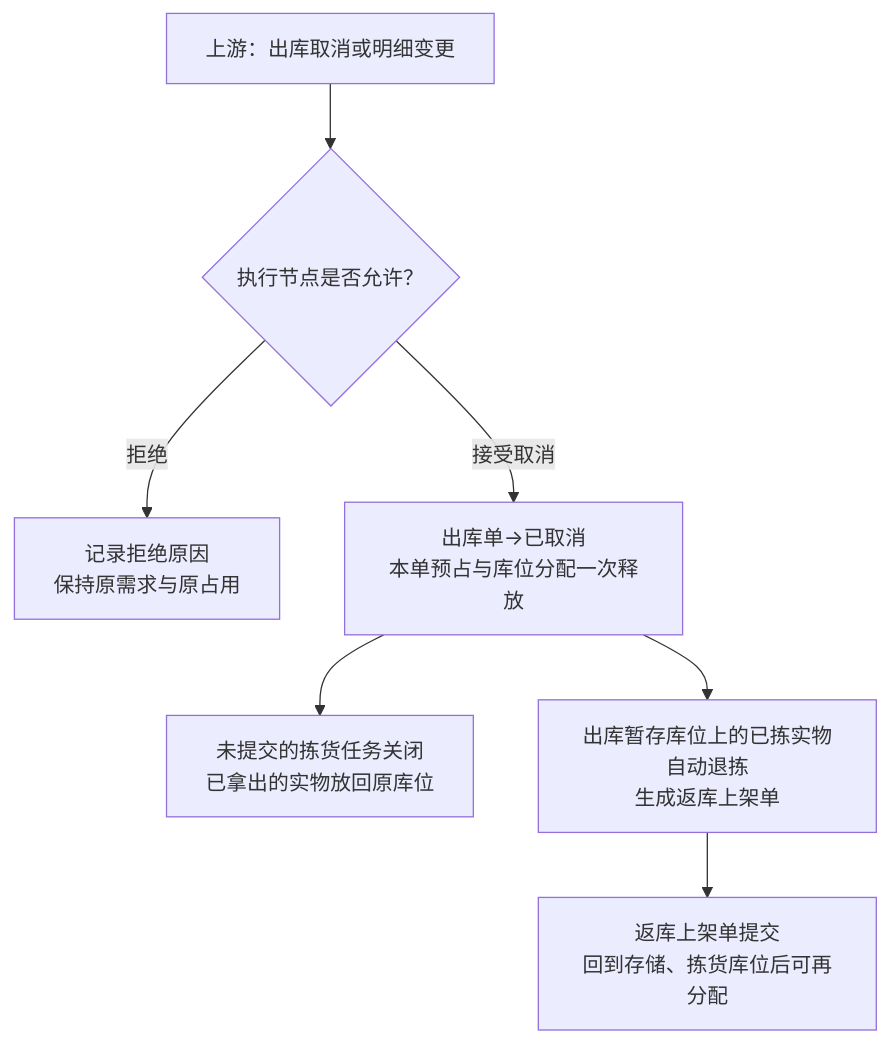
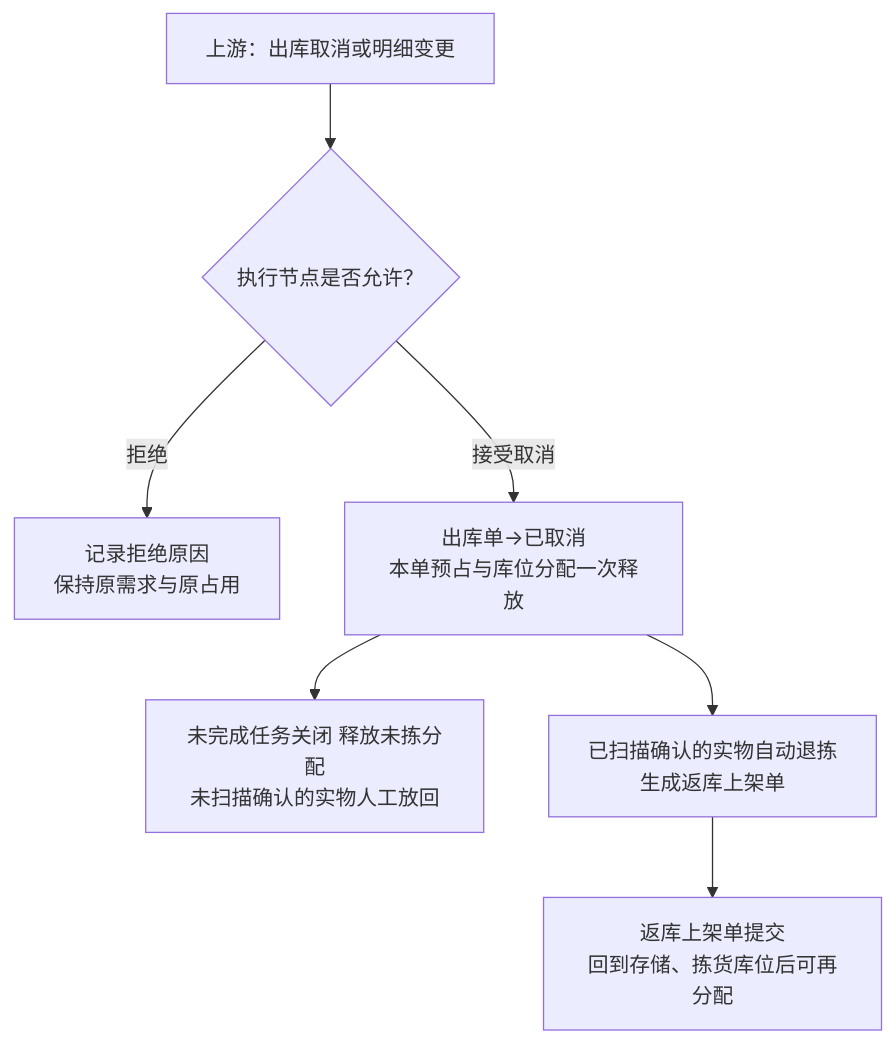
The fourth of 6 diagrams in 05-应用设计方案/20261002-MVP版本/系统架构设计/01-系统流程与单据交互.md (TopVitamin/QS-WMS-Project), drawn with Mermaid before and after one commit. The commit also changed other lines of this file and 281 other files, not shown here.

````diff
--- a/05-应用设计方案/20261002-MVP版本/系统架构设计/01-系统流程与单据交互.md
+++ b/05-应用设计方案/20261002-MVP版本/系统架构设计/01-系统流程与单据交互.md
@@ -225,9 +226,9 @@
 ```mermaid
 flowchart TB
     R[上游：出库取消或明细变更] --> V{执行节点是否允许？}
     V -->|拒绝| J[记录拒绝原因<br/>保持原需求与原占用]
     V -->|接受取消| L[出库单→已取消<br/>本单预占与库位分配一次释放]
-    L --> P[未提交的拣货任务关闭<br/>已拿出的实物放回原库位]
-    L --> K[出库暂存库位上的已拣实物自动退拣<br/>生成返库上架单]
+    L --> P[未完成任务关闭 释放未拣分配<br/>未扫描确认的实物人工放回]
+    L --> K[已扫描确认的实物自动退拣<br/>生成返库上架单]
     K --> H[返库上架单提交<br/>回到存储、拣货库位后可再分配]
 ```
````
